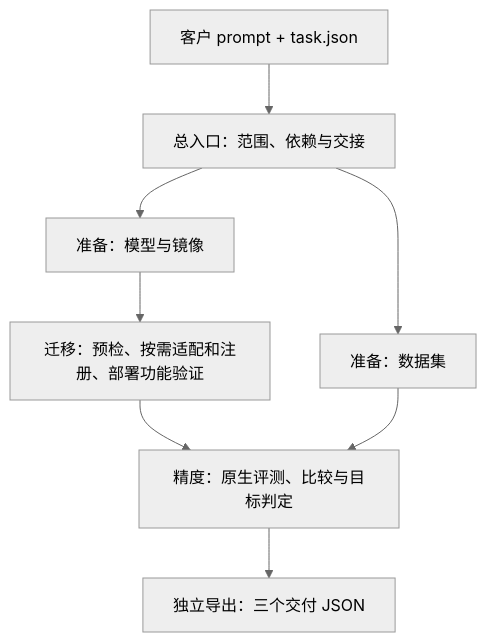
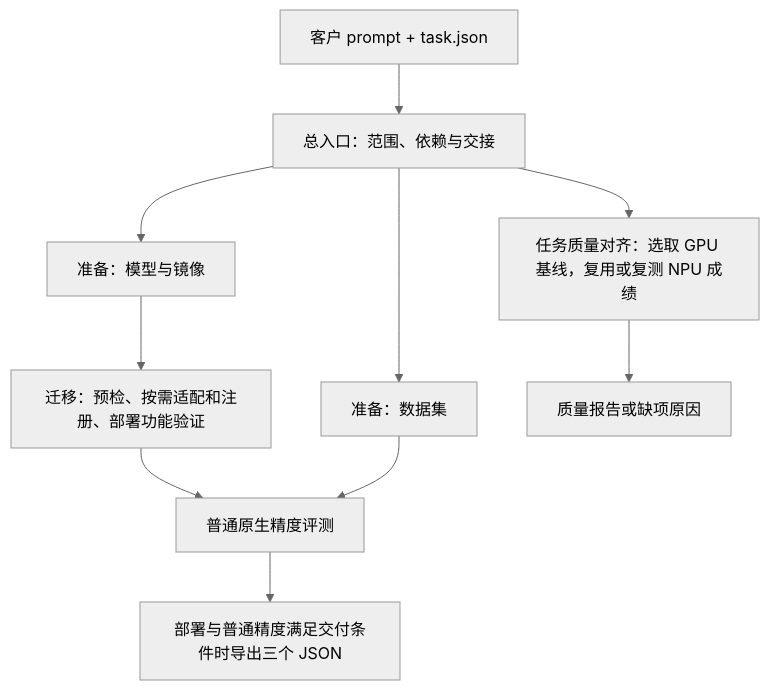
The diagram in README.md (23japhone/model-migration), drawn with Mermaid (neutral theme) before and after one commit. The commit also changed other lines of this file and 9 other files, not shown here.

````diff
--- a/README.md
+++ b/README.md
@@ -92,10 +92,12 @@
 ```mermaid
 flowchart TD
     U[客户 prompt + task.json] --> E[总入口：范围、依赖与交接]
     E --> P[准备：模型与镜像]
     E --> D[准备：数据集]
     P --> M[迁移：预检、按需适配和注册、部署功能验证]
-    M --> A[精度：原生评测、比较与目标判定]
+    M --> A[普通原生精度评测]
     D --> A
-    A --> H[独立导出：三个交付 JSON]
+    A --> H[部署与普通精度满足交付条件时导出三个 JSON]
+    E --> Q[任务质量对齐：选取 GPU 基线，复用或复测 NPU 成绩]
+    Q --> R[质量报告或缺项原因]
 ```
````
